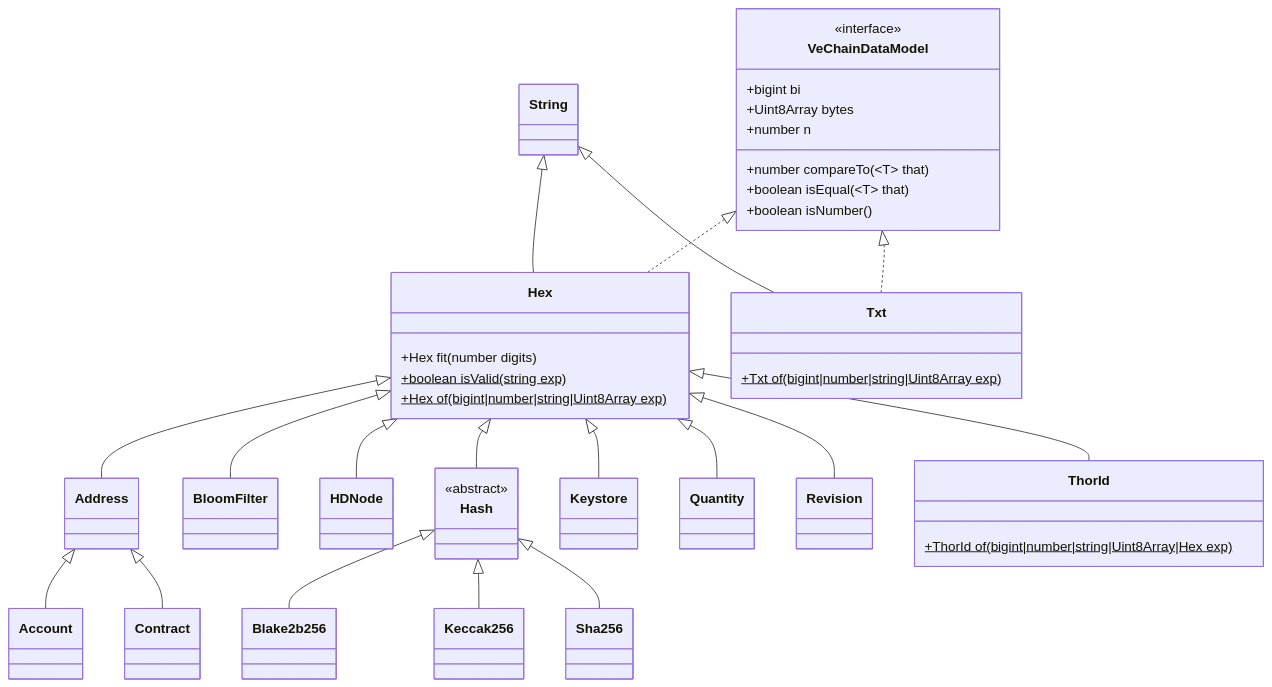
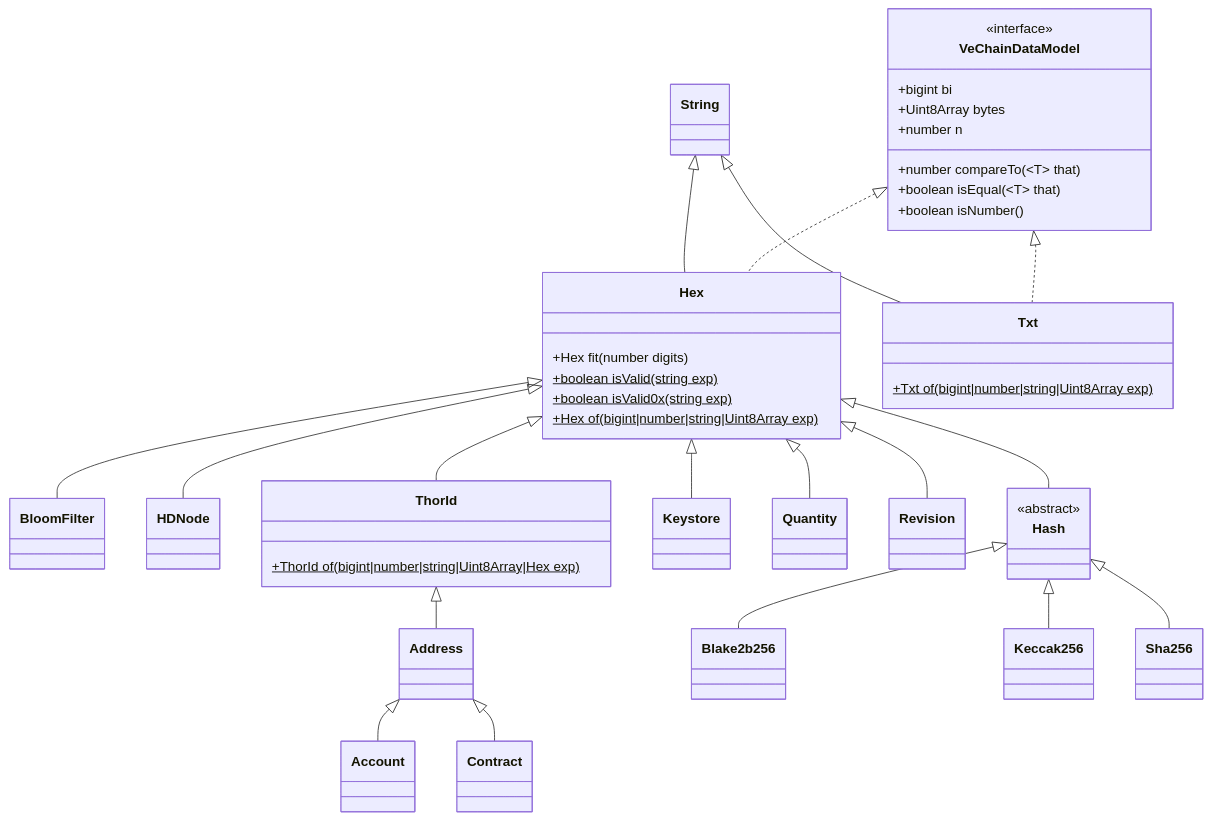
The diagram in docs/diagrams/architecture/vcdm.md (vechain/vechain-sdk-js), drawn with Mermaid before and after one commit. The commit also changed 7 other files, not shown here.

````diff
--- a/docs/diagrams/architecture/vcdm.md
+++ b/docs/diagrams/architecture/vcdm.md
@@ -1,56 +1,57 @@
 ```mermaid
 classDiagram
     class Account
     class Address
     class Blake2b256
     class BloomFilter
     class Contract
     class HDNode
     class Hash {
         <<abstract>>
     }
     class Hex {
         +Hex fit(number digits)
         +boolean isValid(string exp)$
+        +boolean isValid0x(string exp)$
         +Hex of(bigint|number|string|Uint8Array exp)$
     }
     class Keccak256 
     class Keystore
     class Quantity
     class Revision
     class Sha256
     class String
     class ThorId {
         +ThorId of(bigint|number|string|Uint8Array|Hex exp)$
     }
     class Txt {
         +Txt of(bigint|number|string|Uint8Array exp)$
     }
     class String
     class VeChainDataModel{
         <<interface>>
       +bigint bi
       +Uint8Array bytes
       +number n
       +number compareTo(~T~ that)
       +boolean isEqual(~T~ that)
       +boolean isNumber()
     }
     Address <|-- Account
     Address <|-- Contract
     Hash <|-- Blake2b256
     Hash <|-- Keccak256
     Hash <|-- Sha256
-    Hex <|-- Address
     Hex <|-- BloomFilter
     Hex <|-- HDNode
     Hex <|-- Hash
     Hex <|-- Keystore
     Hex <|-- Quantity
     Hex <|-- Revision
     Hex <|-- ThorId
     String <|-- Hex
     String <|-- Txt
+    ThorId <|-- Address
     VeChainDataModel <|.. Hex
     VeChainDataModel <|.. Txt
 ```
````
